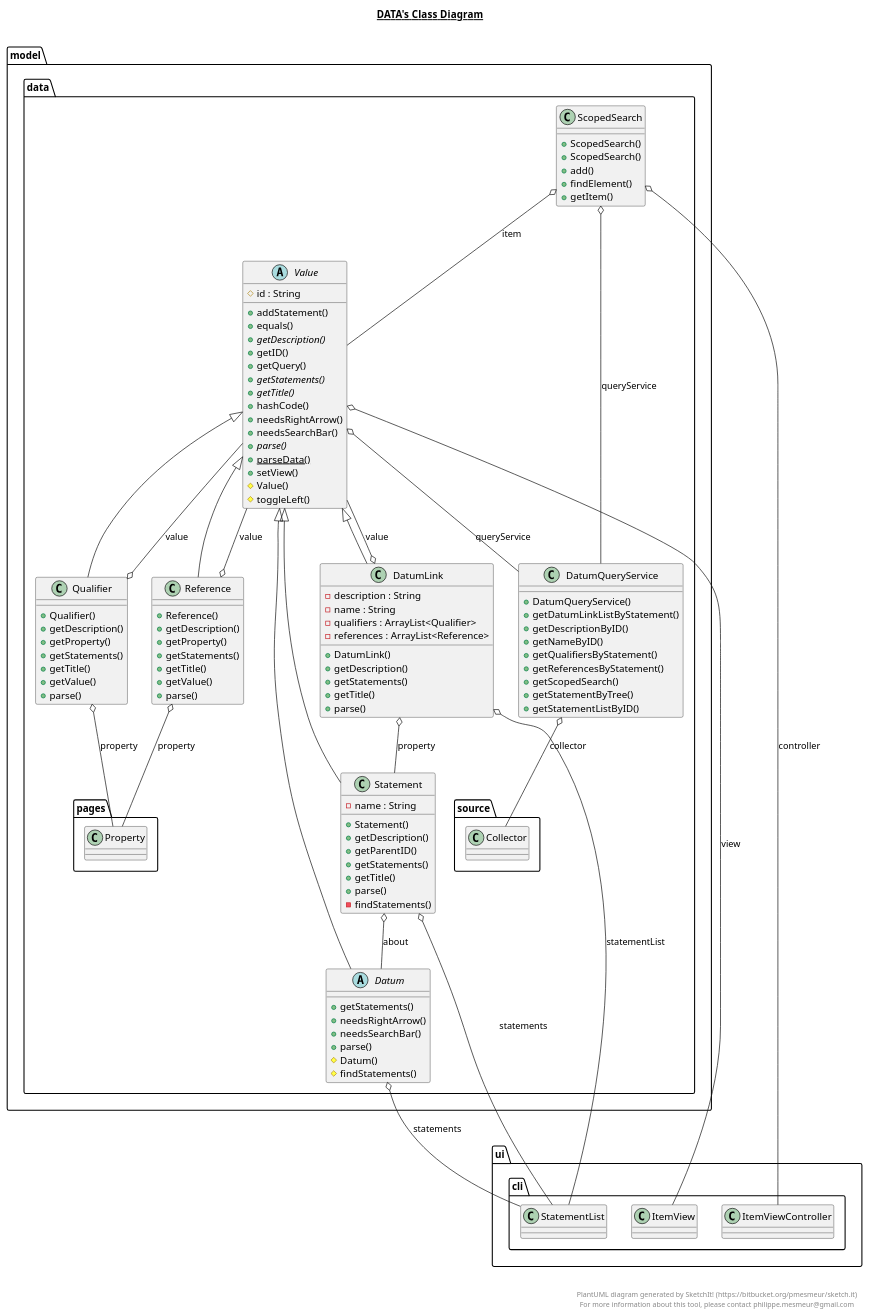
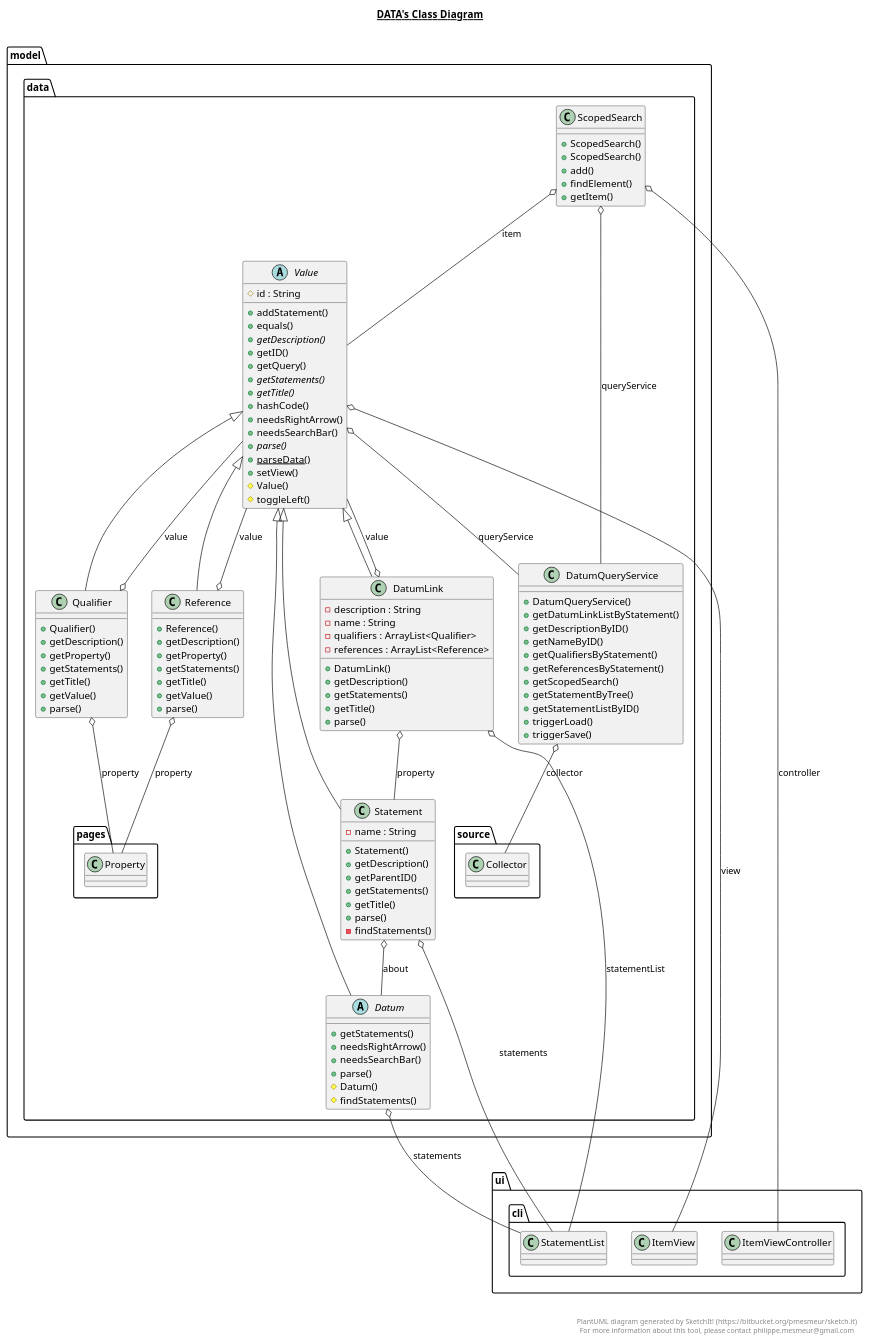
Before and after one commit to Bryce-MW/WikidataExplorer: the diagram in src/main/model/data/data.plantuml, drawn with PlantUML. The commit also changed 4 other files, not shown here.

Commit message:
Updated diagrams

```diff
--- a/src/main/model/data/data.plantuml
+++ b/src/main/model/data/data.plantuml
@@ -1,150 +1,152 @@
 @startuml
 
 title __DATA's Class Diagram__\n
 
   namespace model.data {
     abstract class model.data.Datum {
         + getStatements()
         + needsRightArrow()
         + needsSearchBar()
         + parse()
         # Datum()
         # findStatements()
     }
   }
   
 
   namespace model.data {
     class model.data.DatumLink {
         - description : String
         - name : String
         - qualifiers : ArrayList<Qualifier>
         - references : ArrayList<Reference>
         + DatumLink()
         + getDescription()
         + getStatements()
         + getTitle()
         + parse()
     }
   }
   
 
   namespace model.data {
     class model.data.DatumQueryService {
         + DatumQueryService()
         + getDatumLinkListByStatement()
         + getDescriptionByID()
         + getNameByID()
         + getQualifiersByStatement()
         + getReferencesByStatement()
         + getScopedSearch()
         + getStatementByTree()
         + getStatementListByID()
+        + triggerLoad()
+        + triggerSave()
     }
   }
   
 
   namespace model.data {
     class model.data.Qualifier {
         + Qualifier()
         + getDescription()
         + getProperty()
         + getStatements()
         + getTitle()
         + getValue()
         + parse()
     }
   }
   
 
   namespace model.data {
     class model.data.Reference {
         + Reference()
         + getDescription()
         + getProperty()
         + getStatements()
         + getTitle()
         + getValue()
         + parse()
     }
   }
   
 
   namespace model.data {
     class model.data.ScopedSearch {
         + ScopedSearch()
         + ScopedSearch()
         + add()
         + findElement()
         + getItem()
     }
   }
   
 
   namespace model.data {
     class model.data.Statement {
         - name : String
         + Statement()
         + getDescription()
         + getParentID()
         + getStatements()
         + getTitle()
         + parse()
         - findStatements()
     }
   }
   
 
   namespace model.data {
     abstract class model.data.Value {
         # id : String
         + addStatement()
         + equals()
         {abstract} + getDescription()
         + getID()
         + getQuery()
         {abstract} + getStatements()
         {abstract} + getTitle()
         + hashCode()
         + needsRightArrow()
         + needsSearchBar()
         {abstract} + parse()
         {static} + parseData()
         + setView()
         # Value()
         # toggleLeft()
     }
   }
   
 
   model.data.Datum -up-|> model.data.Value
   model.data.Datum o-- ui.cli.StatementList : statements
   model.data.DatumLink -up-|> model.data.Value
   model.data.DatumLink o-- model.data.Statement : property
   model.data.DatumLink o-- ui.cli.StatementList : statementList
   model.data.DatumLink o-- model.data.Value : value
   model.data.DatumQueryService o-- model.data.source.Collector : collector
   model.data.Qualifier -up-|> model.data.Value
   model.data.Qualifier o-- model.data.pages.Property : property
   model.data.Qualifier o-- model.data.Value : value
   model.data.Reference -up-|> model.data.Value
   model.data.Reference o-- model.data.pages.Property : property
   model.data.Reference o-- model.data.Value : value
   model.data.ScopedSearch o-- ui.cli.ItemViewController : controller
   model.data.ScopedSearch o-- model.data.Value : item
   model.data.ScopedSearch o-- model.data.DatumQueryService : queryService
   model.data.Statement -up-|> model.data.Value
   model.data.Statement o-- model.data.Datum : about
   model.data.Statement o-- ui.cli.StatementList : statements
   model.data.Value o-- model.data.DatumQueryService : queryService
   model.data.Value o-- ui.cli.ItemView : view
 
 
 right footer
 
 
 PlantUML diagram generated by SketchIt! (https://bitbucket.org/pmesmeur/sketch.it)
 For more information about this tool, please contact philippe.mesmeur@gmail.com
 endfooter
 
 @enduml
```
